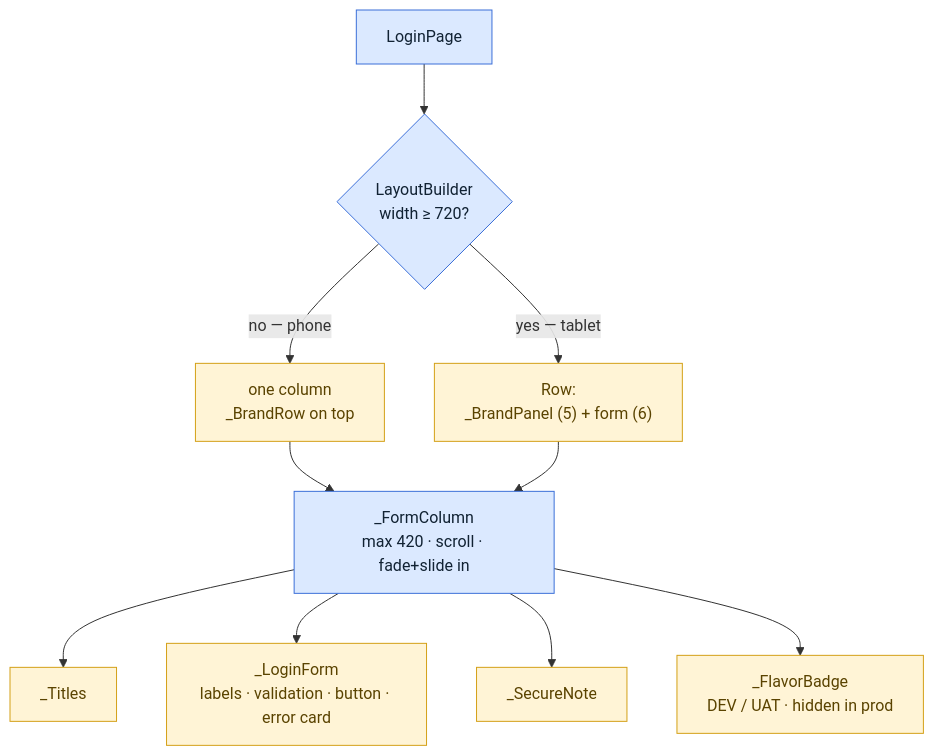
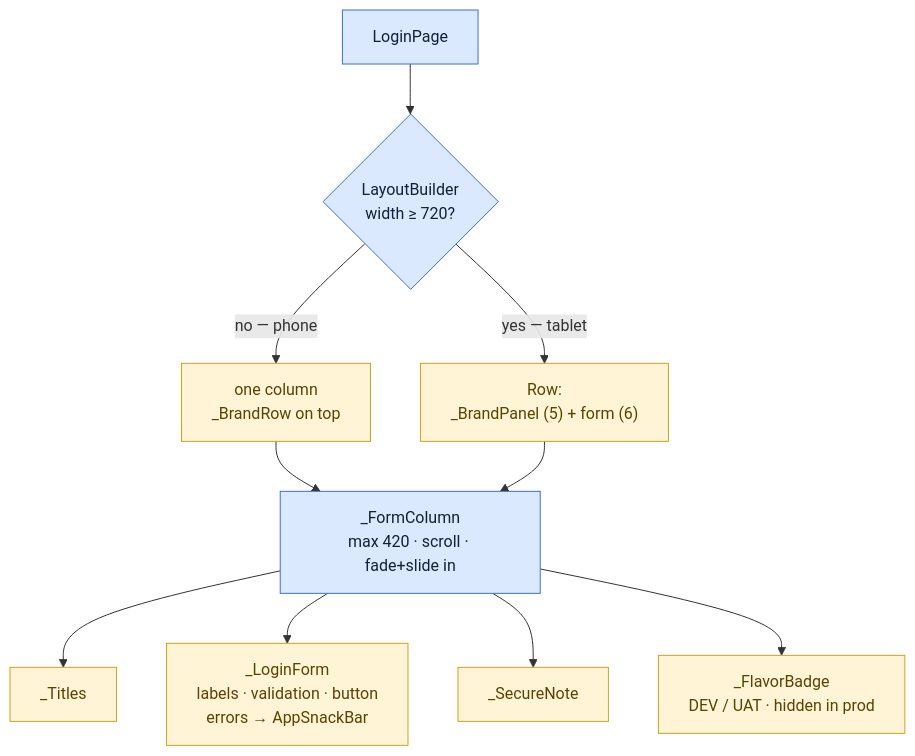
One commit to krouchvanyda/erp_flutter_claude changed the sixth of 12 diagrams in docs/learning/REBUILD/07-login.md. Above: the diagram before and after it, drawn with Mermaid. The commit also changed other lines of this file and 8 other files, not shown here.

Commit message:
feat(auth): improve error handling for 401 responses on public endpoints and implement AppSnackBar for error notifications

````diff
--- a/docs/learning/REBUILD/07-login.md
+++ b/docs/learning/REBUILD/07-login.md
@@ -137,17 +187,17 @@
 ```mermaid
 flowchart TD
     LP["LoginPage"] --> LB{"LayoutBuilder<br/>width ≥ 720?"}
     LB -->|"no — phone"| ONE["one column<br/>_BrandRow on top"]
     LB -->|"yes — tablet"| TWO["Row:<br/>_BrandPanel (5) + form (6)"]
     ONE --> FC["_FormColumn<br/>max 420 · scroll · fade+slide in"]
     TWO --> FC
     FC --> T["_Titles"]
-    FC --> F["_LoginForm<br/>labels · validation · button · error card"]
+    FC --> F["_LoginForm<br/>labels · validation · button<br/>errors → AppSnackBar"]
     FC --> N["_SecureNote"]
     FC --> BADGE["_FlavorBadge<br/>DEV / UAT · hidden in prod"]
 
     classDef app fill:#dbe9ff,stroke:#3b6fd8,color:#123
     classDef feat fill:#fff4d6,stroke:#d4a017,color:#5a4300
     class LP,LB,FC app
     class ONE,TWO,T,F,N,BADGE feat
 ```
````
